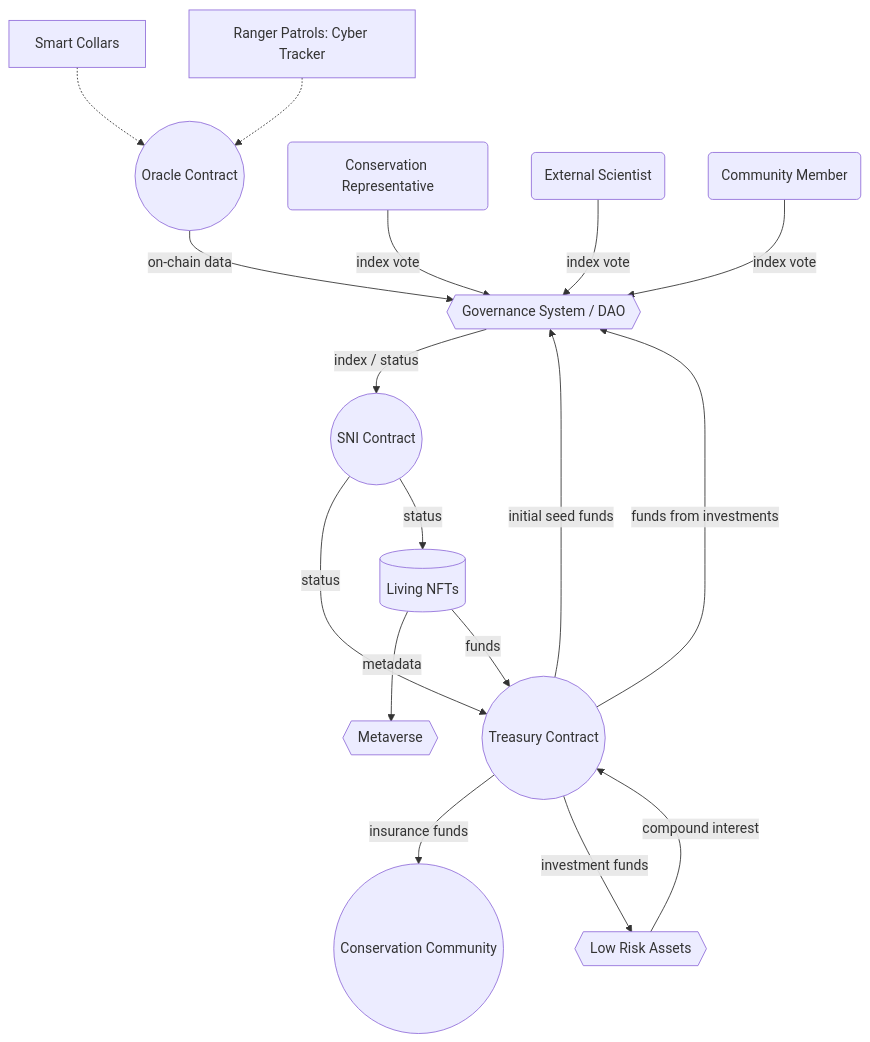
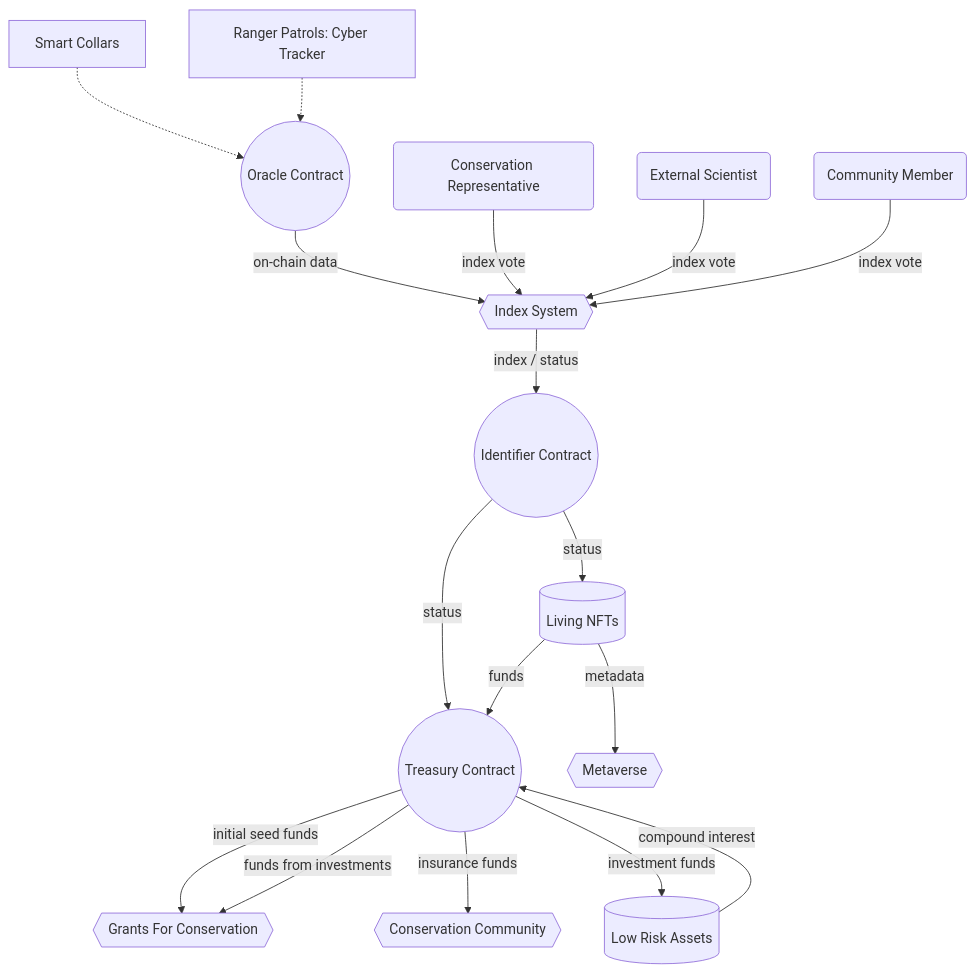
The first of 2 diagrams in apps/docs/pages/use-cases.md (sovereign-nature/deep), drawn with Mermaid before and after one commit. The commit also changed other lines of this file, not shown here.

Commit message:
Updated scheme language

````diff
--- a/apps/docs/pages/use-cases.md
+++ b/apps/docs/pages/use-cases.md
@@ -68,19 +68,19 @@
 ```mermaid
   flowchart TD;
       IOT[Smart Collars]-.->Oracle;
       CitizenScience[Ranger Patrols: Cyber Tracker]-.->Oracle;
-      Oracle((Oracle Contract))-- on-chain data -->GovernanceDAO{{Governance System / DAO }}
-      Validator1(Conservation Representative)-- index vote -->GovernanceDAO
-      Validator2(External Scientist)-- index vote -->GovernanceDAO
-      Validator3(Community Member)-- index vote -->GovernanceDAO
-      GovernanceDAO-- index / status -->SNI((SNI Contract));
+      Oracle((Oracle Contract))-- on-chain data -->Governance{{Index System}}
+      Validator1(Conservation Representative)-- index vote -->Governance
+      Validator2(External Scientist)-- index vote -->Governance
+      Validator3(Community Member)-- index vote -->Governance
+      Governance-- index / status -->SNI((Identifier Contract));
       SNI-- status -->TreasuryContract((Treasury Contract));
       SNI-- status -->Derrivatives[(Living NFTs)];
       Derrivatives--metadata-->Metaverse{{Metaverse}};
       Derrivatives--funds-->TreasuryContract
-      TreasuryContract-- initial seed funds -->GovernanceDAO
-      TreasuryContract-- insurance funds -->Community((Conservation Community))
-      TreasuryContract-- funds from investments -->GovernanceDAO
-      TreasuryContract-- investment funds -->Assets{{Low Risk Assets}}
+      TreasuryContract-- initial seed funds -->Conservation{{Grants For Conservation}}
+      TreasuryContract-- insurance funds -->Community{{Conservation Community}}
+      TreasuryContract-- funds from investments -->Conservation
+      TreasuryContract-- investment funds -->Assets[(Low Risk Assets)]
       Assets -- compound interest --> TreasuryContract
 ```
````
